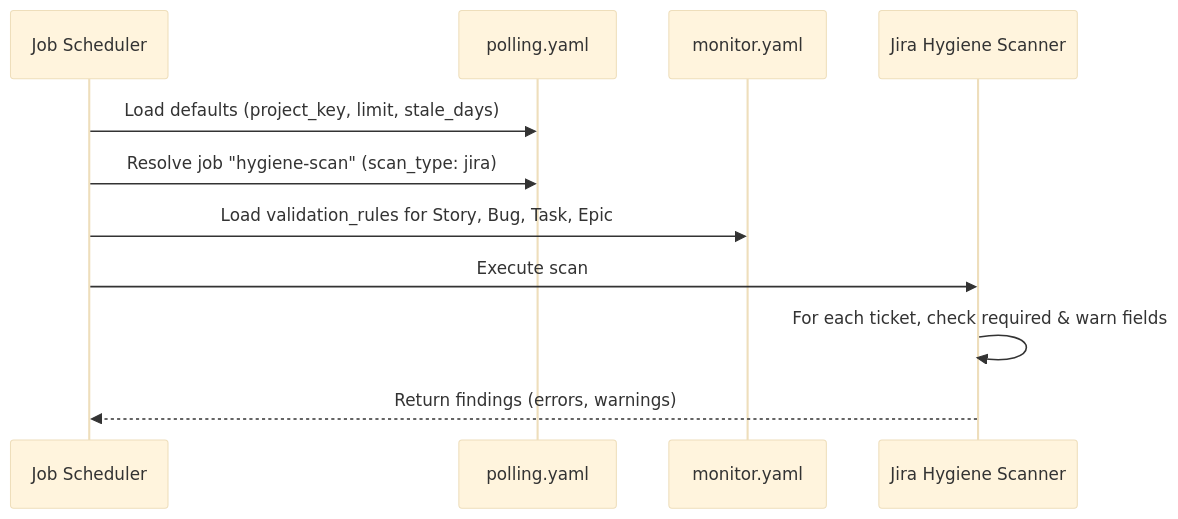
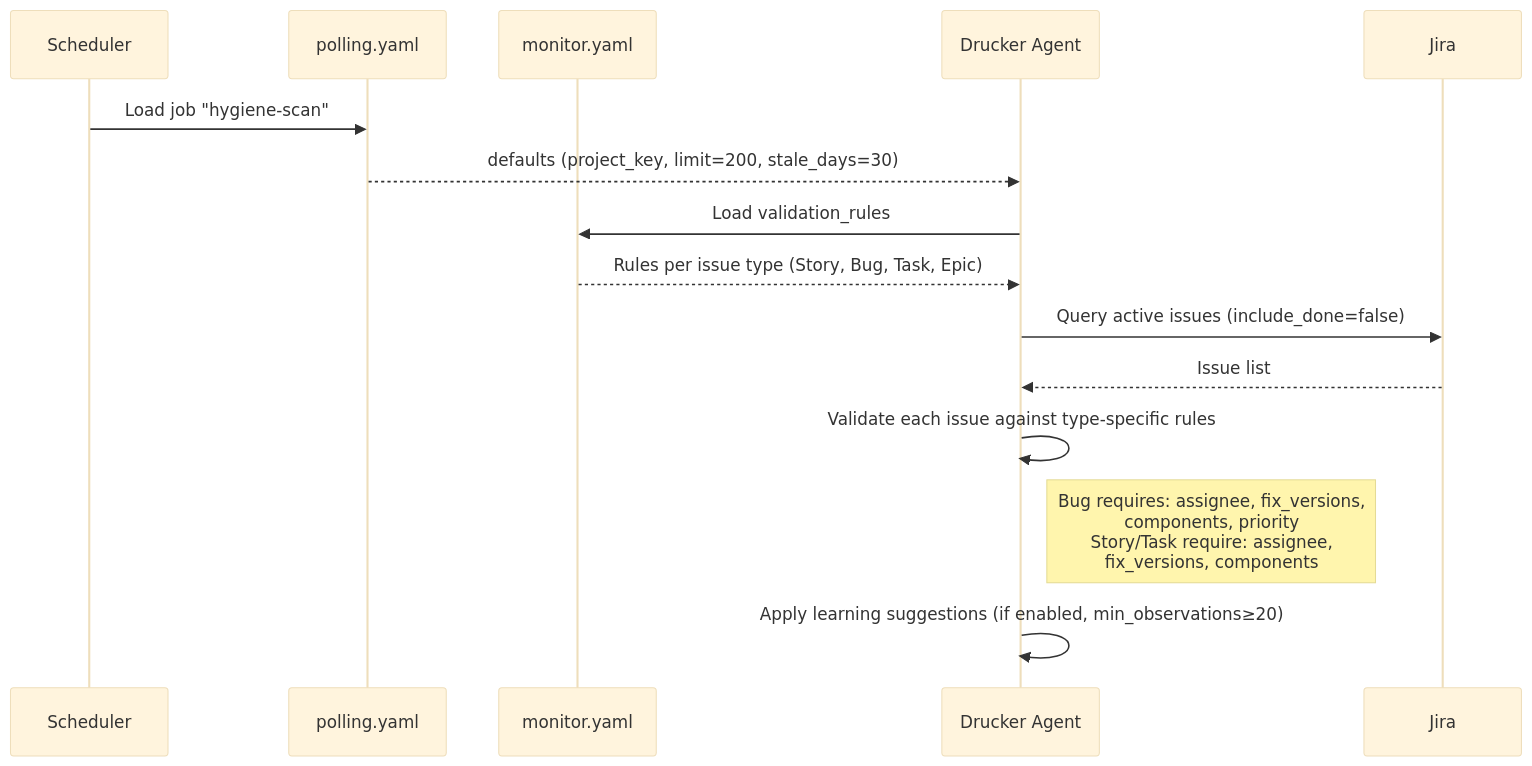
Before and after one commit to jmac-cornelis/agent-workforce: the second of 4 diagrams in docs/agents-drucker-config.md, drawn with Mermaid (base theme). The commit also changed other lines of this file and 7 other files, not shown here.

````diff
--- a/docs/agents-drucker-config.md
+++ b/docs/agents-drucker-config.md
@@ -71,14 +77,18 @@
 ```mermaid
 sequenceDiagram
-    participant S as Job Scheduler
-    participant P as polling.yaml
-    participant M as monitor.yaml
-    participant J as Jira Hygiene Scanner
+    participant Scheduler
+    participant Polling as polling.yaml
+    participant Monitor as monitor.yaml
+    participant Drucker as Drucker Agent
+    participant Jira
 
-    S->>P: Load defaults (project_key, limit, stale_days)
-    S->>P: Resolve job "hygiene-scan" (scan_type: jira)
-    S->>M: Load validation_rules for Story, Bug, Task, Epic
-    S->>J: Execute scan
-    J->>J: For each ticket, check required & warn fields
-    J-->>S: Return findings (errors, warnings)
+    Scheduler->>Polling: Load job "hygiene-scan"
+    Polling-->>Drucker: defaults (project_key, limit=200, stale_days=30)
+    Drucker->>Monitor: Load validation_rules
+    Monitor-->>Drucker: Rules per issue type (Story, Bug, Task, Epic)
+    Drucker->>Jira: Query active issues (include_done=false)
+    Jira-->>Drucker: Issue list
+    Drucker->>Drucker: Validate each issue against type-specific rules
+    Note right of Drucker: Bug requires: assignee, fix_versions,<br/>components, priority<br/>Story/Task require: assignee,<br/>fix_versions, components
+    Drucker->>Drucker: Apply learning suggestions (if enabled, min_observations≥20)
 ```
````
